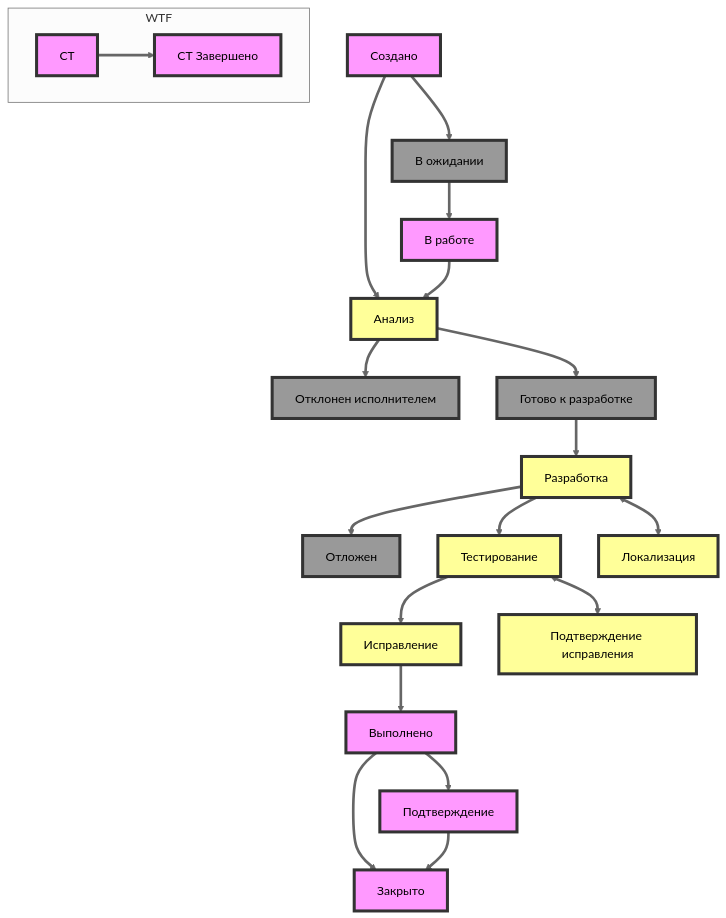
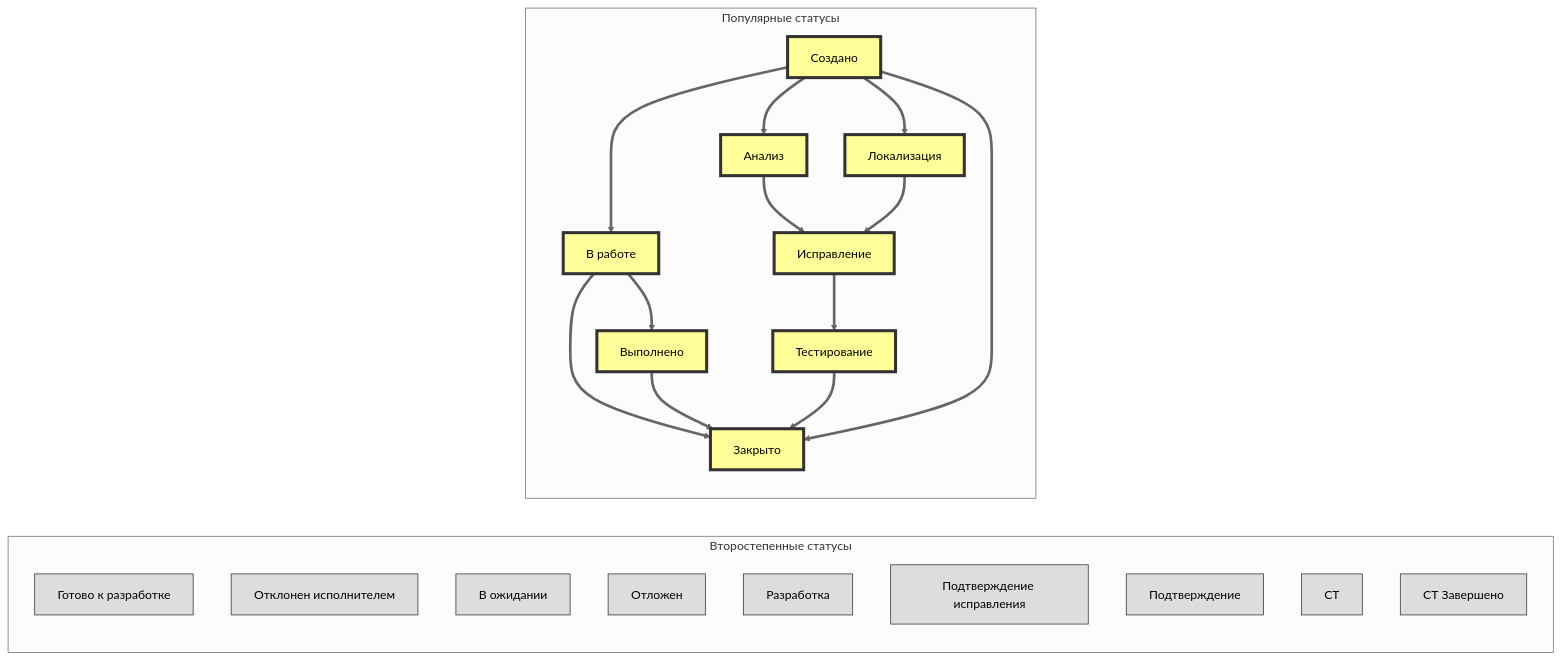
One commit to olgapavlova/agile-health-hackathon changed the diagram in WORKFLOW.md. Above: the diagram before and after it, drawn with Mermaid (neutral theme). The commit also changed other lines of this file, not shown here.

````diff
--- a/WORKFLOW.md
+++ b/WORKFLOW.md
@@ -7,59 +6,42 @@
 ```mermaid
-flowchart TB
-
-declined["Отклонен исполнителем"]
-wait["В ожидании"]
-postponed["Отложен"]
-ready2dev["Готово к разработке"]
+flowchart LR
 
 analysis["Анализ"]
 fixing["Исправление"]
-dev["Разработка"]
 testing["Тестирование"]
-approving["Подтверждение исправления"]
 localization["Локализация"]
-
-
+inProgress["В работе"]
 closed["Закрыто"]
 created["Создано"]
 done["Выполнено"]
 
-subgraph WTF
+subgraph Второстепенные статусы
+ready2dev["Готово к разработке"]
+declined["Отклонен исполнителем"]
+wait["В ожидании"]
+postponed["Отложен"]
+dev["Разработка"]
+verification["Подтверждение исправления"]
+approve["Подтверждение"]
 st["СТ"]
 st_done["СТ Завершено"]
 end
 
+subgraph Популярные статусы
+created:::important ==> inProgress
+inProgress:::important ==> closed
+fixing:::important ==> testing
+inProgress ==> done
+analysis:::important ==> fixing
+testing:::important ==> closed
+created ==> analysis
+done:::important ==> closed
+created ==> localization
+localization:::important ==> fixing
+created ==> closed:::important
+end
 
-approve["Подтверждение"]
-
-in_progress["В работе"]
-
-created ==> analysis:::act
-created ==> wait:::pass
-wait ==> in_progress
-
-in_progress ==> analysis
-
-analysis ==> ready2dev:::pass
-analysis ==> declined:::pass
-ready2dev ==> dev
-
-dev:::act ==> testing
-dev ==> postponed:::pass
-
-testing:::act ==> fixing:::act
-testing <==> approving:::act
-st ==> st_done
-
-fixing ==> done
-done ==> closed
-done ==> approve
-approve ==> closed
-
-dev <==> localization:::act
-
-classDef default fill:#f9f,stroke:#333,stroke-width:4px;
-classDef act fill:#ff9,stroke:#333,stroke-width:4px;
-classDef pass fill:#999,stroke:#333,stroke-width:4px;
+classDef default fill:#ddd,stroke:#333,stroke-width:1px;
+classDef important fill:#ff9,stroke:#333,stroke-width:4px;
 
 ```
````
